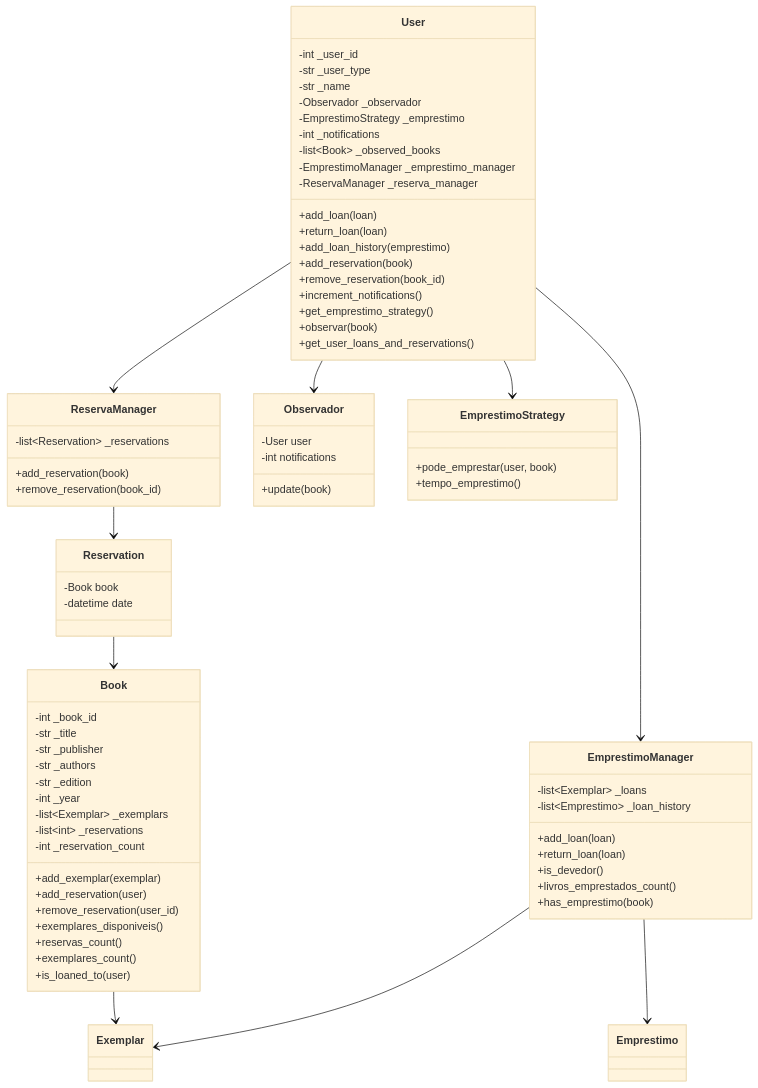
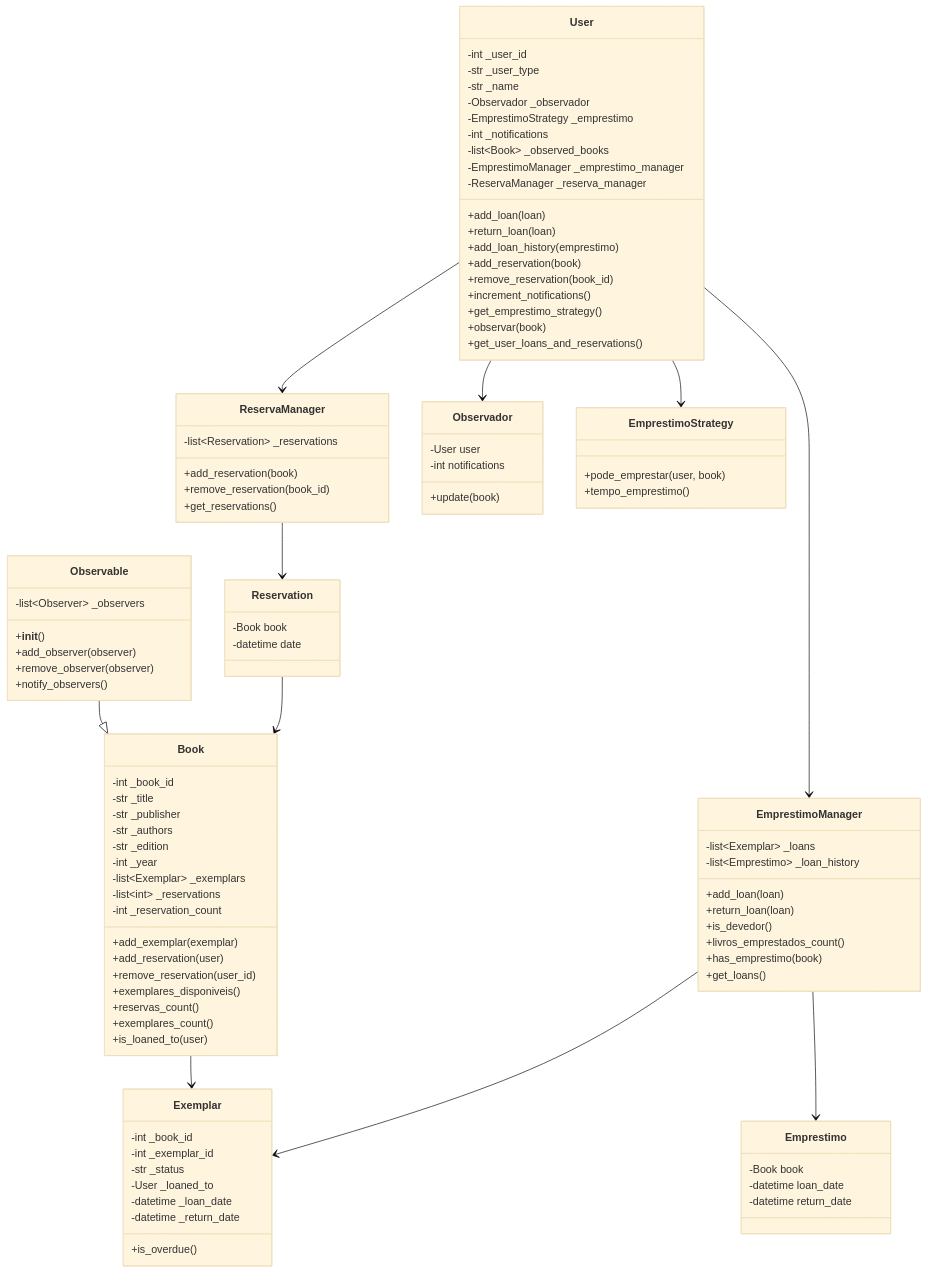
One commit to joaoBernardinoo/engsoft-trab changed the first of 4 diagrams in README.md. Above: the diagram before and after it, drawn with Mermaid (base theme). The commit also changed other lines of this file, not shown here.

Commit message:
pequena correção no diagrama

````diff
--- a/README.md
+++ b/README.md
@@ -34,11 +34,13 @@
         +is_devedor()
         +livros_emprestados_count()
         +has_emprestimo(book)
+        +get_loans()
     }
     class ReservaManager {
         -list~Reservation~ _reservations
         +add_reservation(book)
         +remove_reservation(book_id)
+        +get_reservations()
     }
     class Observador {
         -User user
@@ -53,6 +55,15 @@
         -Book book
         -datetime date
     }
+
+      class Observable {
+        -list~Observer~ _observers
+        +__init__()
+        +add_observer(observer)
+        +remove_observer(observer)
+        +notify_observers()
+      }
+  
     class Book {
         -int _book_id
         -str _title
@@ -71,6 +82,22 @@
         +exemplares_count()
         +is_loaned_to(user)
     }
+
+    
+    class Exemplar {
+        -int _book_id
+        -int _exemplar_id
+        -str _status
+        -User _loaned_to
+        -datetime _loan_date
+        -datetime _return_date
+        +is_overdue()
+    }
+    class Emprestimo {
+        -Book book
+        -datetime loan_date
+        -datetime return_date
+    }
     User --> EmprestimoManager
     User --> ReservaManager
     User --> Observador
@@ -81,5 +108,6 @@
     Reservation --> Book
     Book --> Exemplar
 
-
+    Observable --|> Book
+    
 ```
````
